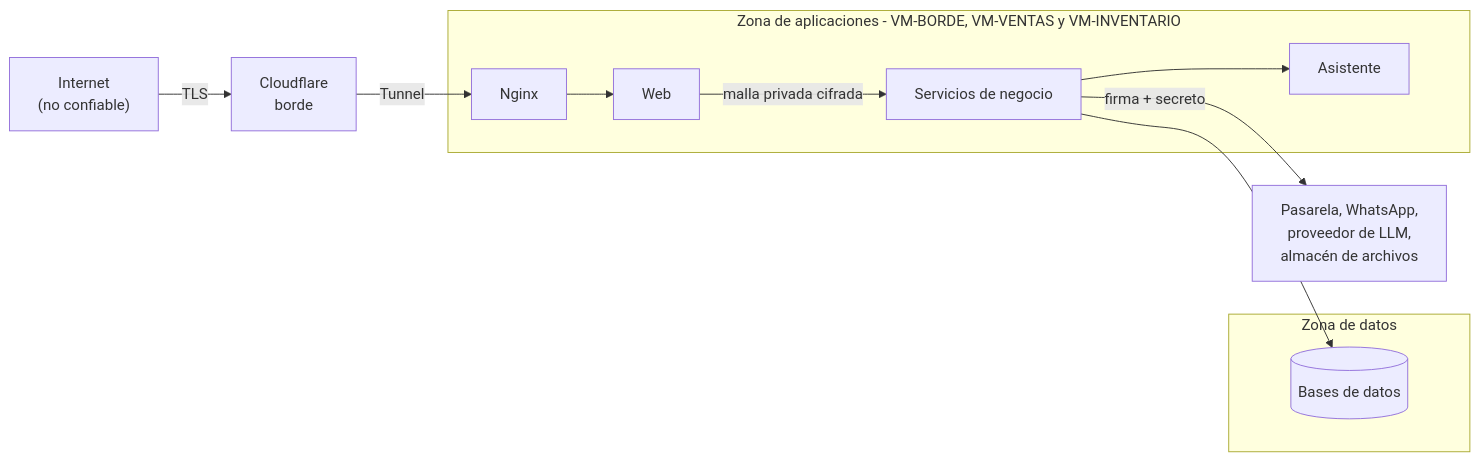
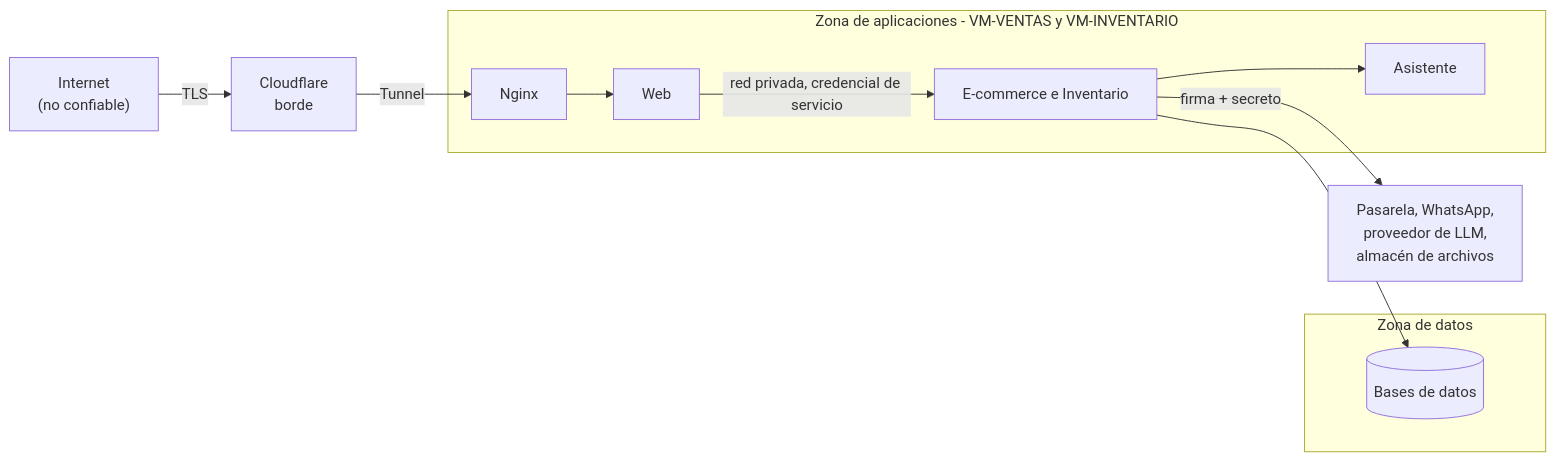
The diagram in docs/05-seguridad/01-modelo-de-amenazas.md (P35C4D0R4B1050/BabelHub), drawn with Mermaid before and after one commit. The commit also changed other lines of this file and 34 other files, not shown here.

First line of the commit message:
docs: reformulate the architecture around two modular services and six quality attributes

````diff
--- a/docs/05-seguridad/01-modelo-de-amenazas.md
+++ b/docs/05-seguridad/01-modelo-de-amenazas.md
@@ -20,15 +20,15 @@
 ```mermaid
 flowchart LR
 INT["Internet<br/>(no confiable)"] -->|"TLS"| CF["Cloudflare<br/>borde"]
 CF -->|"Tunnel"| NG["Nginx"]
-subgraph APP["Zona de aplicaciones - VM-BORDE, VM-VENTAS y VM-INVENTARIO"]
+subgraph APP["Zona de aplicaciones - VM-VENTAS y VM-INVENTARIO"]
 NG --> WEB["Web"]
-WEB -->|"malla privada cifrada"| SVC["Servicios de negocio"]
+WEB -->|"red privada, credencial de servicio"| SVC["E-commerce e Inventario"]
 SVC --> AI["Asistente"]
 end
 subgraph DAT["Zona de datos"]
 DB[("Bases de datos")]
 end
 SVC --> DB
 SVC -->|"firma + secreto"| EXT["Pasarela, WhatsApp,<br/>proveedor de LLM,<br/>almacén de archivos"]
 ```
````
